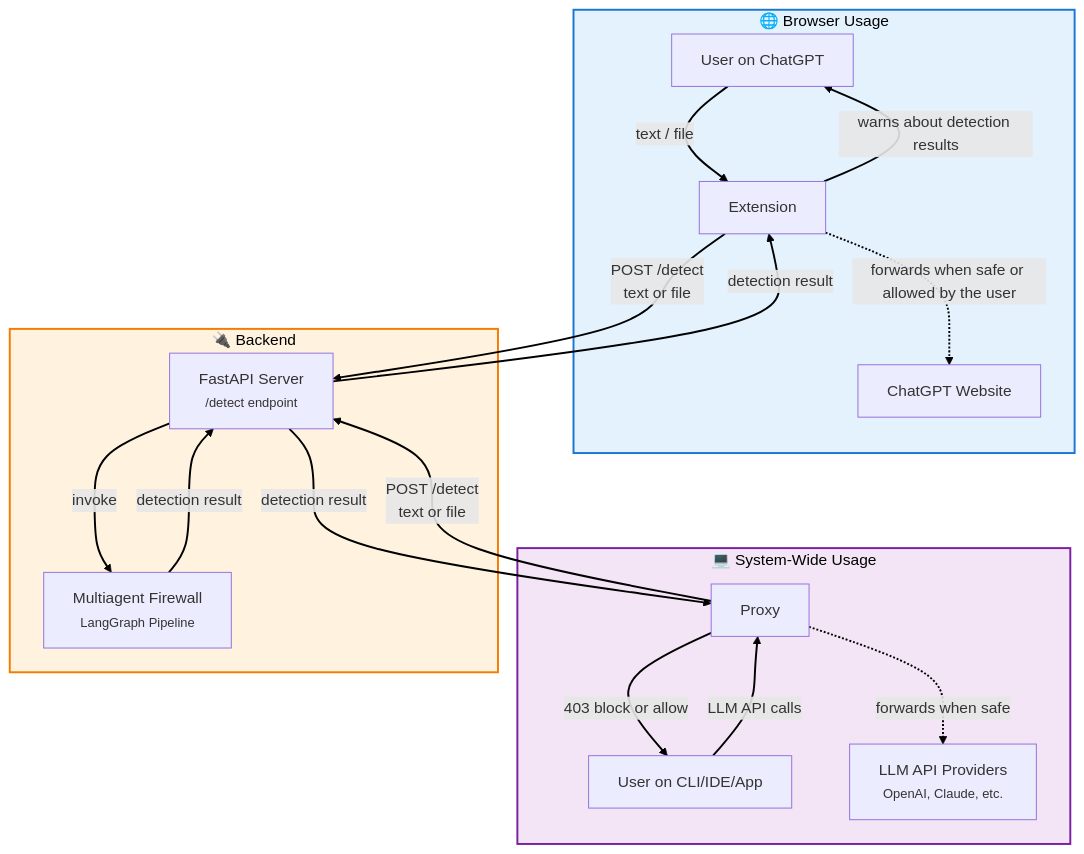
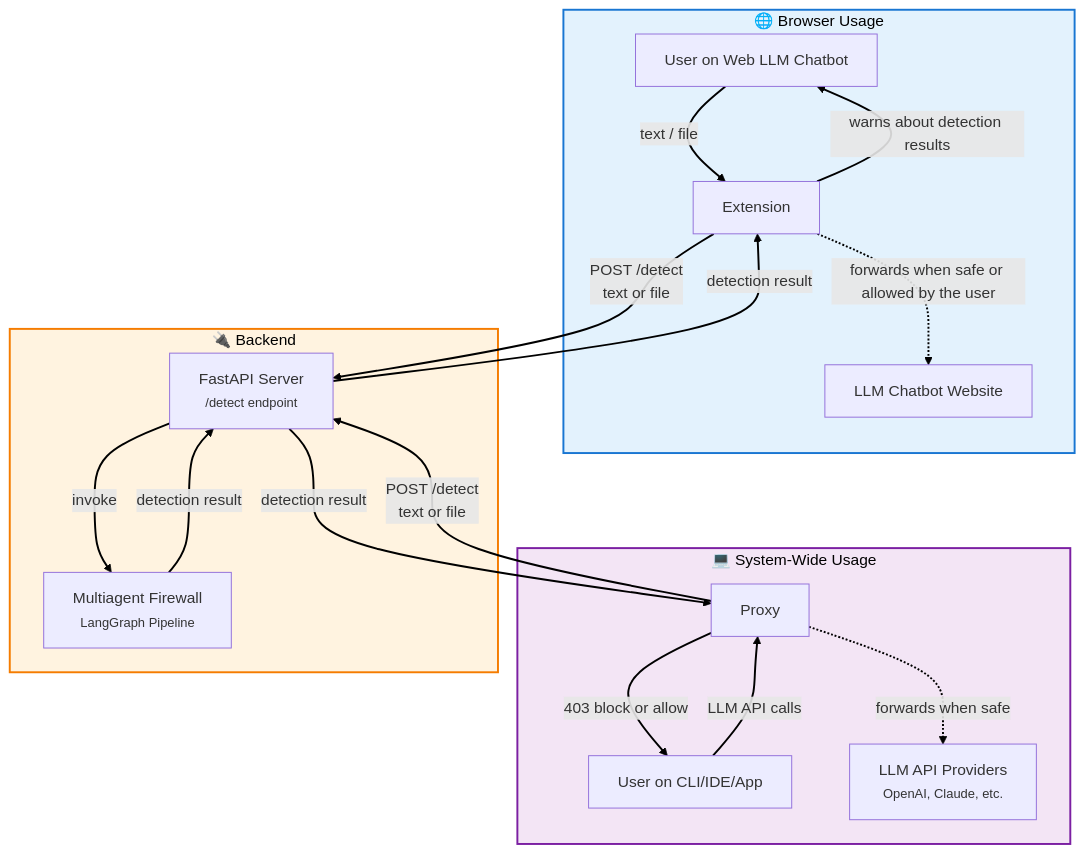
Before and after one commit to xHugo21/sensitive-data-detector: the diagram in README.md, drawn with Mermaid. The commit also changed other lines of this file, not shown here.

````diff
--- a/README.md
+++ b/README.md
@@ -21,37 +21,37 @@
 ```mermaid
 flowchart TB
     subgraph Browser["🌐 Browser Usage"]
-        USER1[User on ChatGPT]
+        USER1[User on Web LLM Chatbot]
         EXT[Extension]
-        CHATGPT[ChatGPT Website]
+        CHATGPT[LLM Chatbot Website]
         
         USER1 -->|text / file| EXT
         EXT -->|warns about detection results| USER1
         EXT -.->|forwards when safe or allowed by the user| CHATGPT
     end
     subgraph SystemWide["💻 System-Wide Usage"]
         USER2[User on CLI/IDE/App]
         PROXY[Proxy]
         LLMAPI[LLM API Providers<br/><small>OpenAI, Claude, etc.</small>]
         
         USER2 -->|LLM API calls| PROXY
         PROXY -->|403 block or allow| USER2
         PROXY -.->|forwards when safe| LLMAPI
     end
     subgraph Backend["🔌 Backend"]
         API[FastAPI Server<br/><small>/detect endpoint</small>]
         FIREWALL[Multiagent Firewall<br/><small>LangGraph Pipeline</small>]
         API -->|invoke | FIREWALL
         FIREWALL -->|detection result| API
     end
     EXT -->|POST /detect<br/>text or file| API
     PROXY -->|POST /detect<br/>text or file| API
     
     API -->|detection result| EXT
     API -->|detection result| PROXY
     style Browser fill:#e3f2fd,stroke:#1976d2,stroke-width:2px,color:#000
     style SystemWide fill:#f3e5f5,stroke:#7b1fa2,stroke-width:2px,color:#000
     style Backend fill:#fff3e0,stroke:#f57c00,stroke-width:2px,color:#000
 
     linkStyle default stroke:#000,stroke-width:2px
 ```
````
